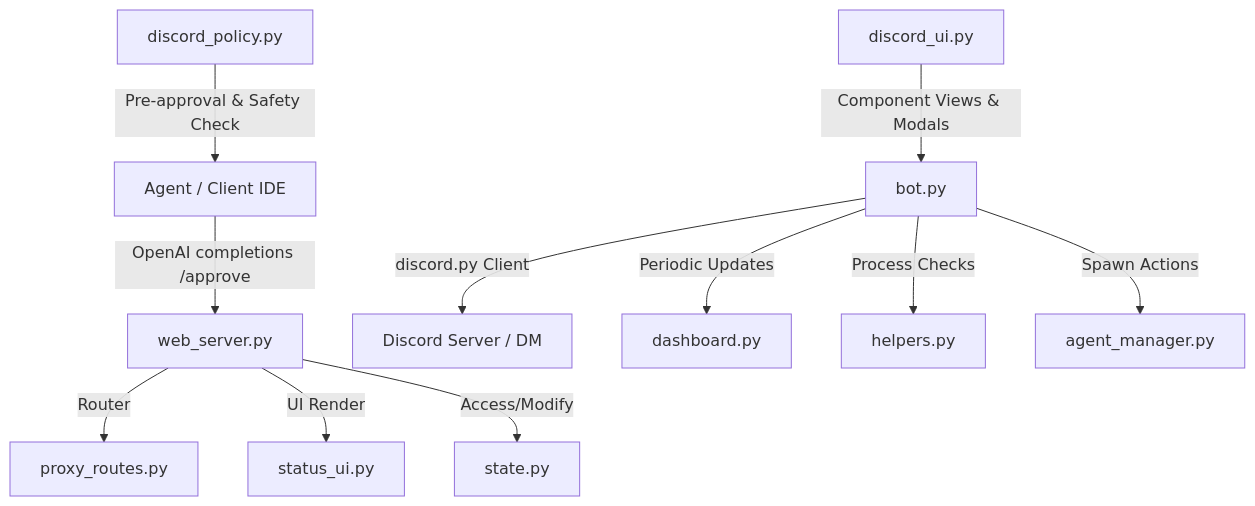
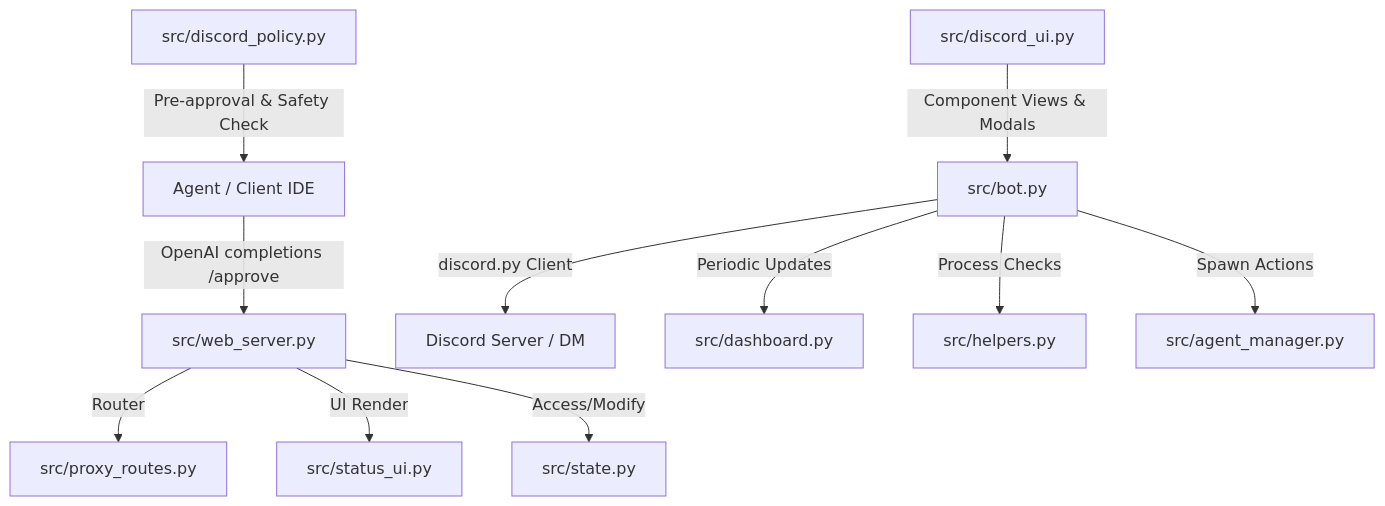
One commit to LKirkend/Discord-Agent changed the diagram in architecture.md. Above: the diagram before and after it, drawn with Mermaid. The commit also changed other lines of this file and 21 other files, not shown here.

````diff
--- a/architecture.md
+++ b/architecture.md
@@ -9,15 +9,15 @@
 ```mermaid
 graph TD
-    Client[Agent / Client IDE] -->|OpenAI completions /approve| WebServer[web_server.py]
-    WebServer -->|Router| ProxyRoutes[proxy_routes.py]
-    WebServer -->|UI Render| StatusUI[status_ui.py]
-    WebServer -->|Access/Modify| State[state.py]
+    Client[Agent / Client IDE] -->|OpenAI completions /approve| WebServer["src/web_server.py"]
+    WebServer -->|Router| ProxyRoutes["src/proxy_routes.py"]
+    WebServer -->|UI Render| StatusUI["src/status_ui.py"]
+    WebServer -->|Access/Modify| State["src/state.py"]
     
-    Bot[bot.py] -->|discord.py Client| DiscordAPI[Discord Server / DM]
-    Bot -->|Periodic Updates| Dashboard[dashboard.py]
-    Bot -->|Process Checks| Helpers[helpers.py]
-    Bot -->|Spawn Actions| AgentManager[agent_manager.py]
+    Bot["src/bot.py"] -->|discord.py Client| DiscordAPI[Discord Server / DM]
+    Bot -->|Periodic Updates| Dashboard["src/dashboard.py"]
+    Bot -->|Process Checks| Helpers["src/helpers.py"]
+    Bot -->|Spawn Actions| AgentManager["src/agent_manager.py"]
     
-    DiscordPolicy[discord_policy.py] -->|Pre-approval & Safety Check| Client
-    DiscordUI[discord_ui.py] -->|Component Views & Modals| Bot
+    DiscordPolicy["src/discord_policy.py"] -->|Pre-approval & Safety Check| Client
+    DiscordUI["src/discord_ui.py"] -->|Component Views & Modals| Bot
 ```
````
